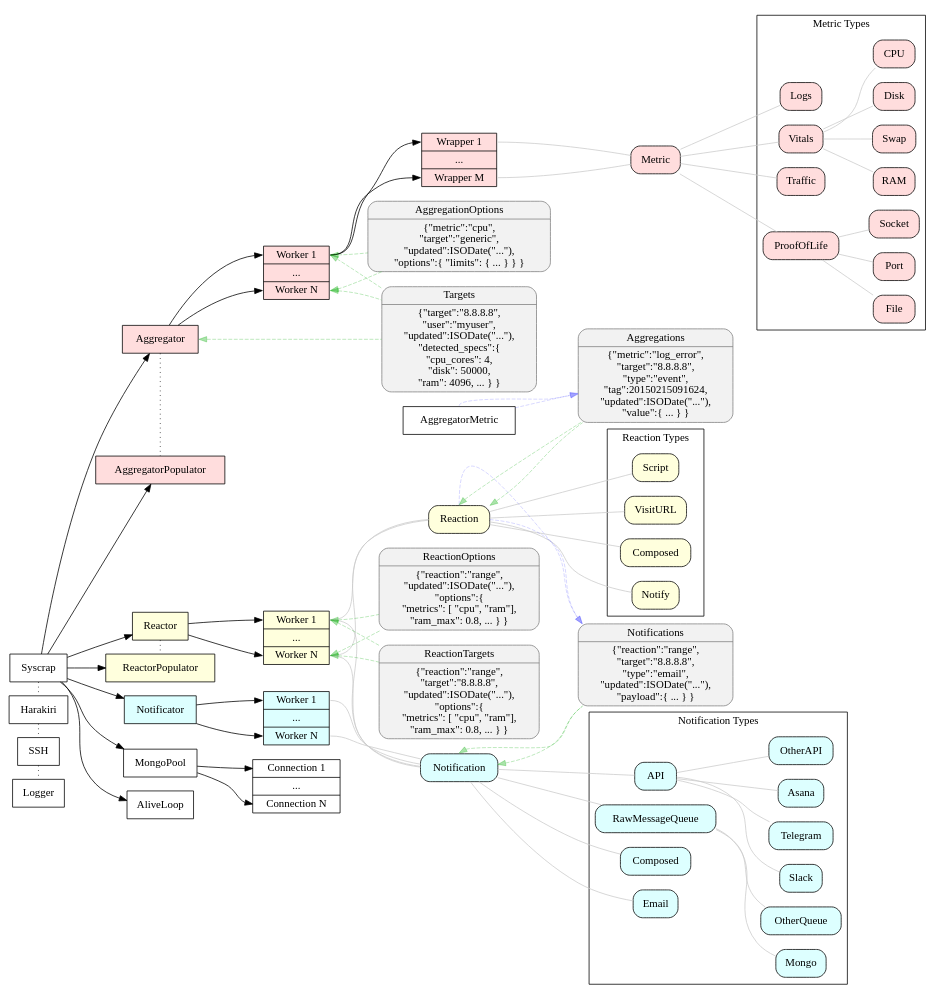
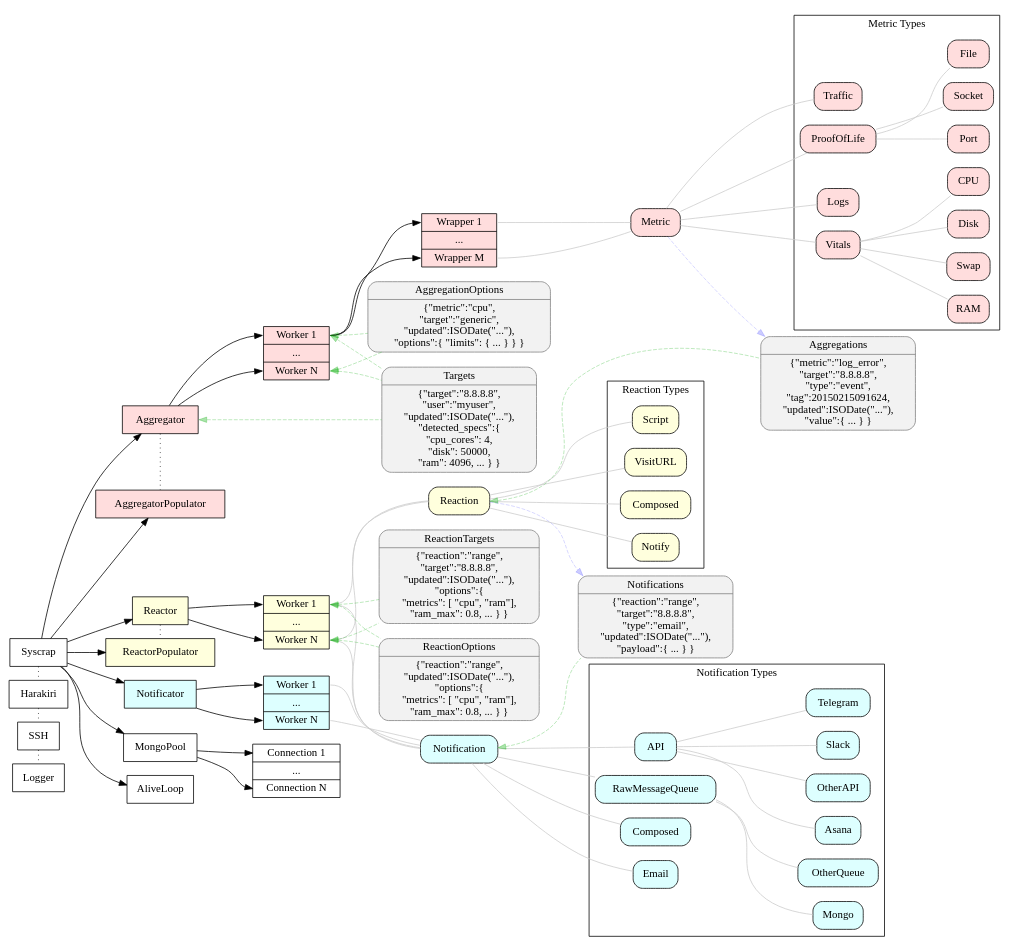
Before and after one commit to elpulgardelpanda/syscrap: the diagram in doc/syscrap.dot, drawn with Graphviz. The commit also changed 1 other file, not shown here.

```diff
--- a/doc/syscrap.dot
+++ b/doc/syscrap.dot
@@ -1,144 +1,144 @@
   # render: dot -O -Tpng syscrap.dot
   # auto-render: https://gist.github.com/rubencaro/75e7b163665b47e0094a
 digraph syscrap {
   # layout=neato;
   # splines=true;
   overlap=false;
   rankdir="LR";
   node [shape=box];
 
   # aggregation
   subgraph aggregation{
     node [style=filled,fillcolor="#ff000022"];
     {rank=same; AggregatorPopulator, Aggregator;}
     AggregatorWorker [shape=record,label="<1>Worker 1|...|<n>Worker N"];
     AggregatorWrapper [shape=record,label="<1>Wrapper 1|...|<n>Wrapper M"];
     AggregatorWorker:1 -> AggregatorWrapper:1, AggregatorWrapper:n;
     Aggregator -> AggregatorWorker:1, AggregatorWorker:n;
     Aggregator -> AggregatorPopulator [dir=none,style=dotted];
     { # namespace dependency only
       edge [dir=none,color=gray80];
       node [shape=Mrecord];
       AggregatorWrapper:1, AggregatorWrapper:n -> Metric;
       subgraph cluster_MetricTypes{
         label="Metric Types";
         Logs, Vitals, Traffic, ProofOfLife;
         Vitals -> CPU, RAM, Swap, Disk;
         ProofOfLife -> File, Port, Socket;
       }
       Metric -> Logs, Vitals, Traffic, ProofOfLife;
     }
   }
 
   # reaction
   subgraph reaction{
     node [style=filled,fillcolor="#ffff0022"];
     ReactorWorker [shape=record,label="<1>Worker 1|...|<n>Worker N"];
     {rank=same; ReactorPopulator, Reactor;}
     Reactor -> ReactorWorker:1, ReactorWorker:n;
     Reactor -> ReactorPopulator [dir=none,style=dotted];
     { # namespace dependency only
       edge [dir=none,color=gray80];
       node [shape=Mrecord];
       ComposedReactions [label="Composed"];
       subgraph cluster_ReactionTypes{
         label="Reaction Types";
         Notify, Script, VisitURL, ComposedReactions;
       }
       Reaction -> Notify, Script, VisitURL, ComposedReactions;
     }
     ReactorWorker:1, ReactorWorker:n -> Reaction [dir=none,color=gray80];
   }
 
   # notification
   subgraph notification{
     node [style=filled,fillcolor="#00ffff22"];
     NotificatorWorker [shape=record,label="<1>Worker 1|...|<n>Worker N"];
     Notificator -> NotificatorWorker:1, NotificatorWorker:n;
     { # namespace dependency only
       edge [dir=none,color=gray80];
       node [shape=Mrecord];
       ComposedNotifications [label="Composed"];
       subgraph cluster_NotificationTypes{
         label="Notification Types";
         Email, API, RawMessageQueue, ComposedNotifications;
         API -> Slack, Telegram, Asana, OtherAPI;
         RawMessageQueue -> Mongo, OtherQueue;
       }
       Notification -> Email, API, RawMessageQueue, ComposedNotifications;
     }
     NotificatorWorker:1, ReactorWorker:1, NotificatorWorker:n, ReactorWorker:n -> Notification [dir=none,color=gray80];
   }
 
   # db
   MongoConnection [shape=record,label="<1>Connection 1|...|<n>Connection N"];
   MongoPool -> MongoConnection:1, MongoConnection:n;
 
   { node [color=gray,fillcolor=gray95,style=filled];
     Aggregations [shape=Mrecord, label="Aggregations |
     \{\"metric\":\"log_error\",\n
     \"target\":\"8.8.8.8\",\n
     \"type\":\"event\",\n
     \"tag\":20150215091624,\n
     \"updated\":ISODate(\"...\"),\n
     \"value\":\{ ... \} \}"];
 
     Notifications [shape=Mrecord, label="Notifications |
     \{\"reaction\":\"range\",\n
     \"target\":\"8.8.8.8\",\n
     \"type\":\"email\",\n
     \"updated\":ISODate(\"...\"),\n
     \"payload\":\{ ... \} \}"];
 
     Targets [shape=Mrecord, label="Targets |
     \{\"target\":\"8.8.8.8\",\n
     \"user\":\"myuser\",\n
     \"updated\":ISODate(\"...\"),\n
     \"detected_specs\":\{\n
     \"cpu_cores\": 4,\n
     \"disk\": 50000,\n
     \"ram\": 4096, ... \} \}"];
 
     AggregationOptions [shape=Mrecord, label="AggregationOptions |
     \{\"metric\":\"cpu\",\n
     \"target\":\"generic\",\n
     \"updated\":ISODate(\"...\"),\n
     \"options\":\{ \"limits\": \{ ... \} \} \}"];
 
     ReactionOptions [shape=Mrecord, label="ReactionOptions |
     \{\"reaction\":\"range\",\n
     \"updated\":ISODate(\"...\"),\n
     \"options\":\{\n
       \"metrics\": \[ \"cpu\", \"ram\"\],\n
       \"ram_max\": 0.8, ... \} \}"];
 
     ReactionTargets [shape=Mrecord, label="ReactionTargets |
     \{\"reaction\":\"range\",\n
     \"target\":\"8.8.8.8\",\n
     \"updated\":ISODate(\"...\"),\n
     \"options\":\{\n
       \"metrics\": \[ \"cpu\", \"ram\"\],\n
       \"ram_max\": 0.8, ... \} \}"];
   }
 
   # DB actions
   { # read
     edge [style=dashed,dir=back,color="#00aa0055"];
     Aggregator:e -> Targets;
     AggregatorWorker:1:e, AggregatorWorker:n:e -> AggregationOptions, Targets;
-    Notification:1:e, Notification:n:e -> Notifications;
-    Reaction:1:e, Reaction:n:e -> Aggregations;
+    Notification -> Notifications;
+    Reaction -> Aggregations;
     ReactorWorker:1:e, ReactorWorker:n:e -> ReactionOptions, ReactionTargets;
   }
   { # write
     edge [style=dashed,color="#0000ff33"];
-    AggregatorMetric:1:e, AggregatorMetric:n:e -> Aggregations;
-    Reaction:1:e, Reaction:n:e -> Notifications;
+    Metric -> Aggregations;
+    Reaction -> Notifications;
   }
 
   {rank=same; Syscrap -> Harakiri -> SSH -> Logger [dir=none,style=dotted];}
 
   # {rank=same; AggregatorPopulator, Aggregator, ReactorPopulator, Reactor, Notificator, AliveLoop, MongoPool;}
 
   Syscrap -> AggregatorPopulator, Aggregator, ReactorPopulator, Reactor, Notificator, AliveLoop, MongoPool;
 }
```
